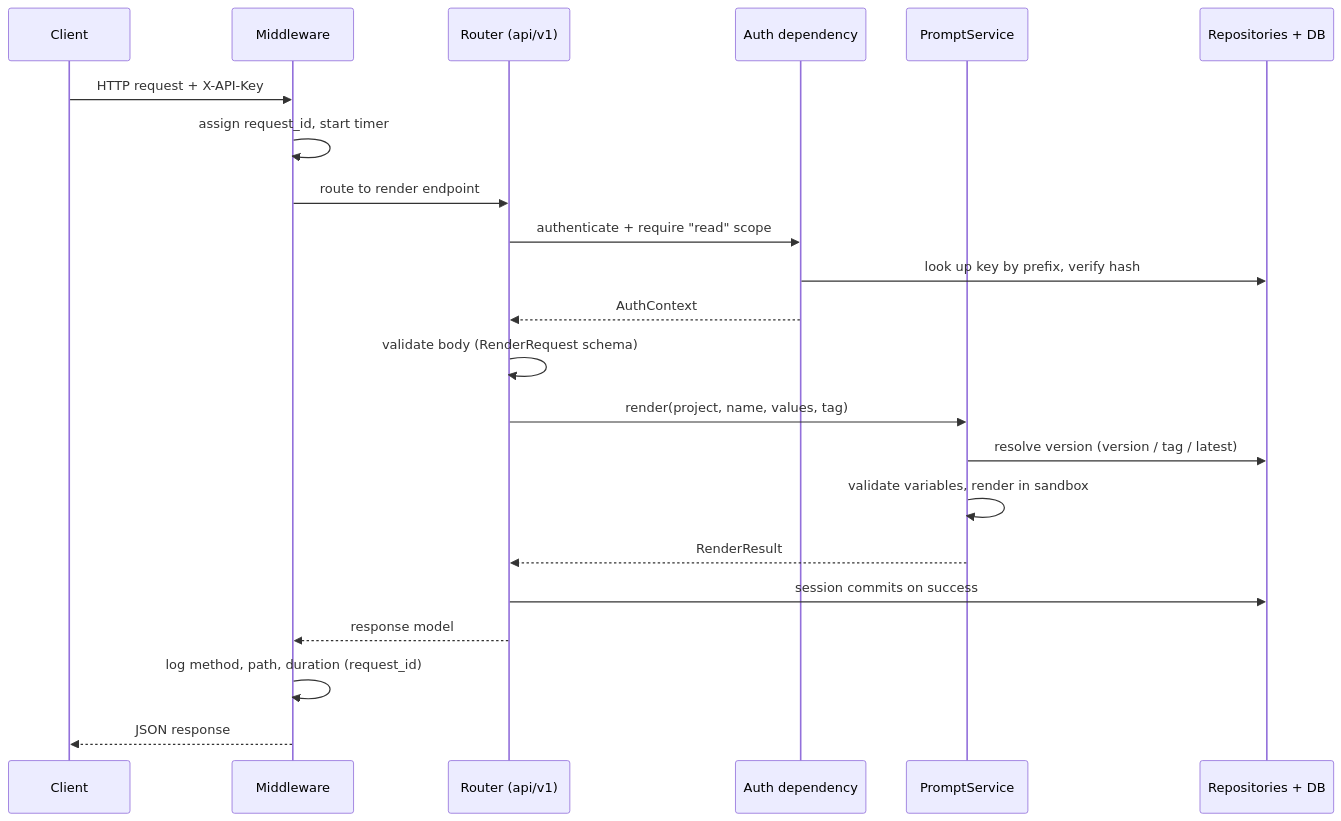
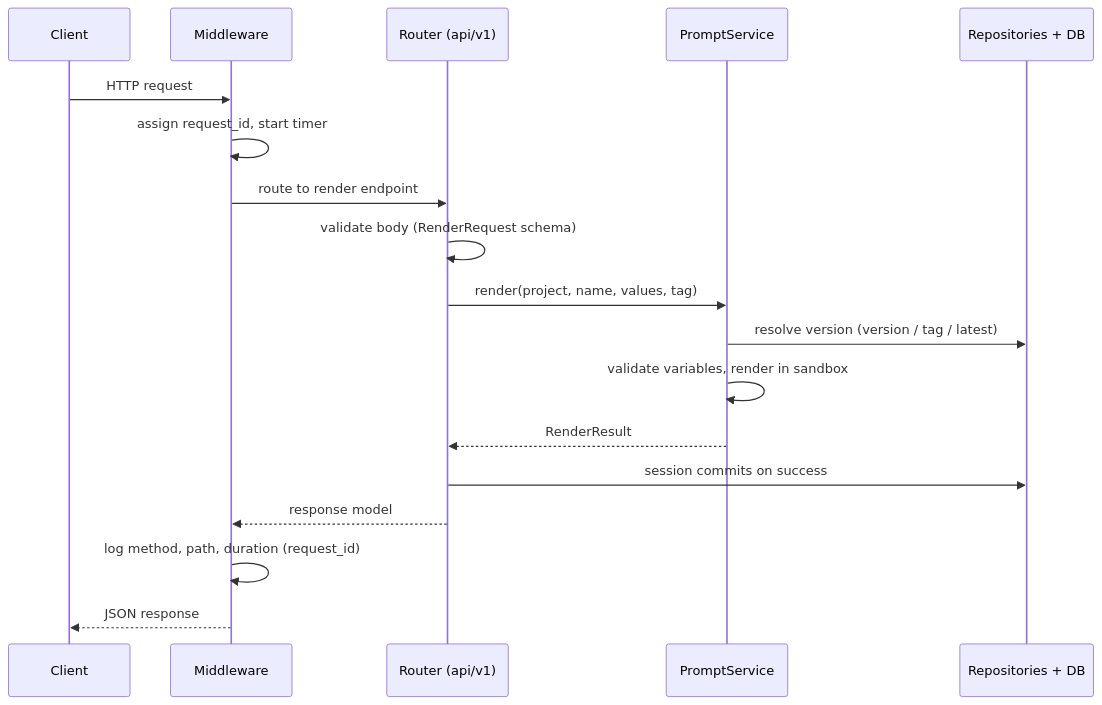
The fifth of 5 diagrams in docs/ARCHITECTURE.md (DimitarAtanassov/floating_prompts), drawn with Mermaid before and after one commit. The commit also changed other lines of this file and 51 other files, not shown here.

````diff
--- a/docs/ARCHITECTURE.md
+++ b/docs/ARCHITECTURE.md
@@ -197,25 +189,21 @@
 ```mermaid
 sequenceDiagram
     participant C as Client
     participant M as Middleware
     participant R as Router (api/v1)
-    participant A as Auth dependency
     participant S as PromptService
     participant DB as Repositories + DB
 
-    C->>M: HTTP request + X-API-Key
+    C->>M: HTTP request
     M->>M: assign request_id, start timer
     M->>R: route to render endpoint
-    R->>A: authenticate + require "read" scope
-    A->>DB: look up key by prefix, verify hash
-    A-->>R: AuthContext
     R->>R: validate body (RenderRequest schema)
     R->>S: render(project, name, values, tag)
     S->>DB: resolve version (version / tag / latest)
     S->>S: validate variables, render in sandbox
     S-->>R: RenderResult
     R->>DB: session commits on success
     R-->>M: response model
     M->>M: log method, path, duration (request_id)
     M-->>C: JSON response
 ```
````
